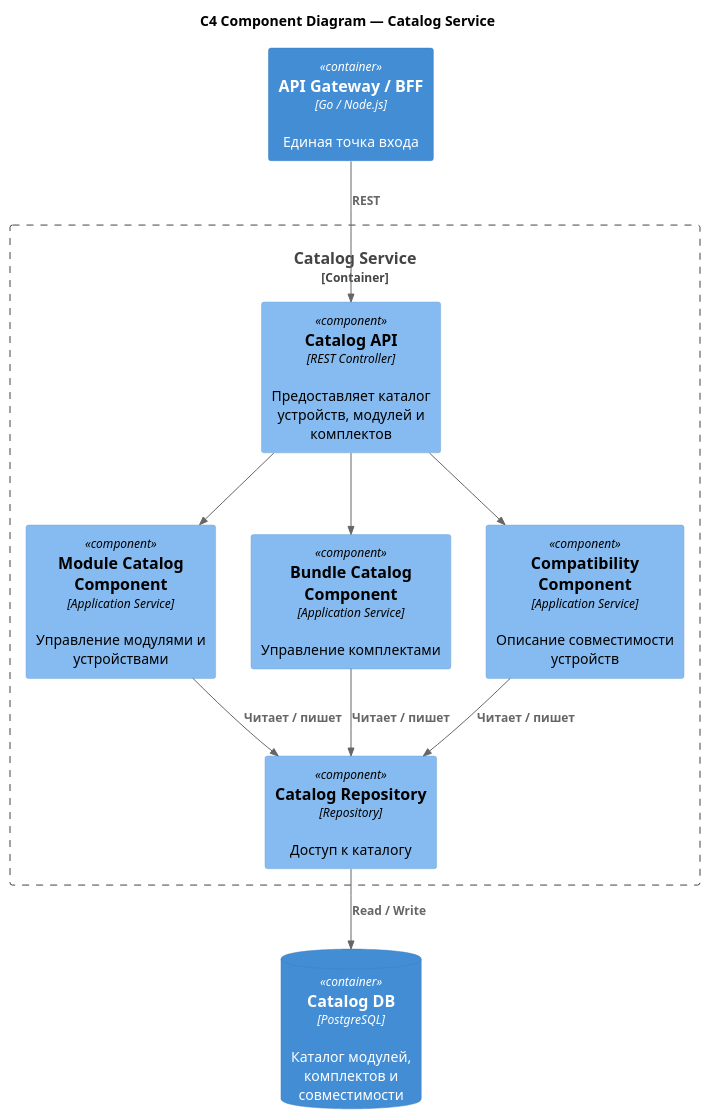
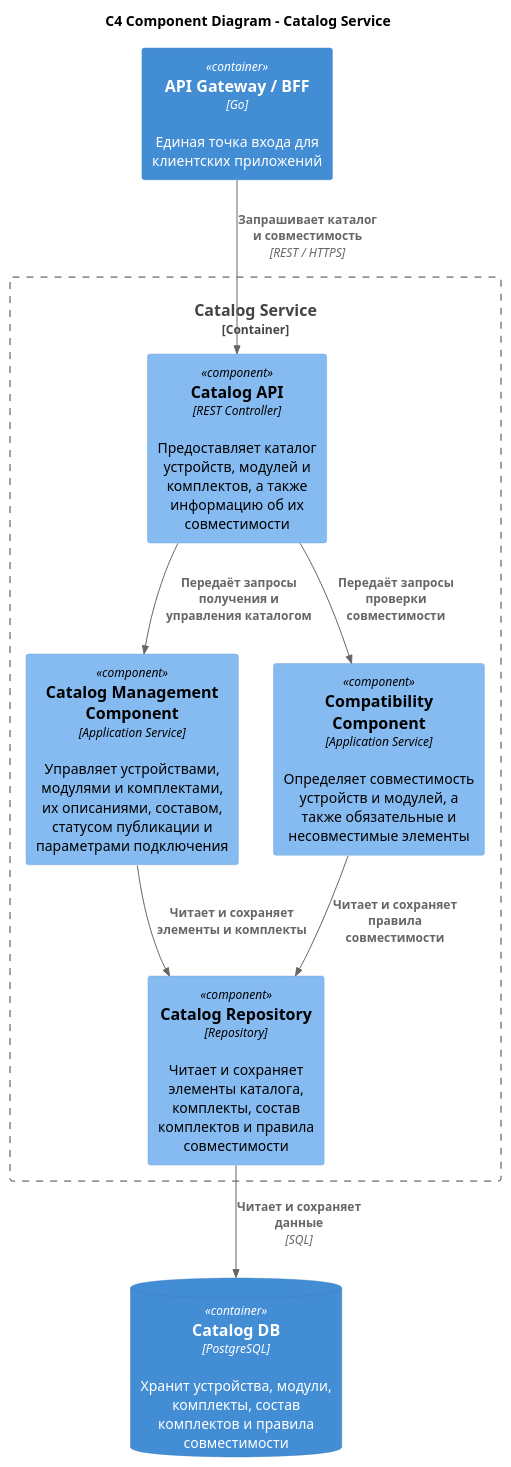
Before and after one commit to KristinaKurian/architecture-warmhouse: the diagram in diagrams/11-component-catalog-service.puml, drawn with PlantUML. The commit also changed 12 other files, not shown here.

```diff
--- a/diagrams/11-component-catalog-service.puml
+++ b/diagrams/11-component-catalog-service.puml
@@ -1,28 +1,32 @@
 @startuml
 !include <C4/C4_Component>
 
-title C4 Component Diagram — Catalog Service
+title C4 Component Diagram - Catalog Service
 
 Container_Boundary(catalogService, "Catalog Service") {
-    Component(catalogApi, "Catalog API", "REST Controller", "Предоставляет каталог устройств, модулей и комплектов")
-    Component(moduleCatalog, "Module Catalog Component", "Application Service", "Управление модулями и устройствами")
-    Component(bundleCatalog, "Bundle Catalog Component", "Application Service", "Управление комплектами")
-    Component(compatibilityComponent, "Compatibility Component", "Application Service", "Описание совместимости устройств")
-    Component(catalogRepository, "Catalog Repository", "Repository", "Доступ к каталогу")
+    Component(catalogApi, "Catalog API", "REST Controller", "Предоставляет каталог устройств, модулей и комплектов, а также информацию об их совместимости")
+
+    Component(catalogManagement, "Catalog Management Component", "Application Service", "Управляет устройствами, модулями и комплектами, их описаниями, составом, статусом публикации и параметрами подключения")
+
+    Component(compatibilityComponent, "Compatibility Component", "Application Service", "Определяет совместимость устройств и модулей, а также обязательные и несовместимые элементы")
+
+    Component(catalogRepository, "Catalog Repository", "Repository", "Читает и сохраняет элементы каталога, комплекты, состав комплектов и правила совместимости")
 }
 
-Container(apiGateway, "API Gateway / BFF", "Go / Node.js", "Единая точка входа")
-ContainerDb(catalogDb, "Catalog DB", "PostgreSQL", "Каталог модулей, комплектов и совместимости")
+Container(apiGateway, "API Gateway / BFF", "Go", "Единая точка входа для клиентских приложений")
 
-Rel(apiGateway, catalogApi, "REST")
-Rel(catalogApi, moduleCatalog, "")
-Rel(catalogApi, bundleCatalog, "")
-Rel(catalogApi, compatibilityComponent, "")
+ContainerDb(catalogDb, "Catalog DB", "PostgreSQL", "Хранит устройства, модули, комплекты, состав комплектов и правила совместимости")
 
-Rel(moduleCatalog, catalogRepository, "Читает / пишет")
-Rel(bundleCatalog, catalogRepository, "Читает / пишет")
-Rel(compatibilityComponent, catalogRepository, "Читает / пишет")
+Rel(apiGateway, catalogApi, "Запрашивает каталог и совместимость", "REST / HTTPS")
 
-Rel(catalogRepository, catalogDb, "Read / Write")
+Rel(catalogApi, catalogManagement, "Передаёт запросы получения и управления каталогом")
+
+Rel(catalogApi, compatibilityComponent, "Передаёт запросы проверки совместимости")
+
+Rel(catalogManagement, catalogRepository, "Читает и сохраняет элементы и комплекты")
+
+Rel(compatibilityComponent, catalogRepository, "Читает и сохраняет правила совместимости")
+
+Rel(catalogRepository, catalogDb, "Читает и сохраняет данные", "SQL")
 
 @enduml
```
